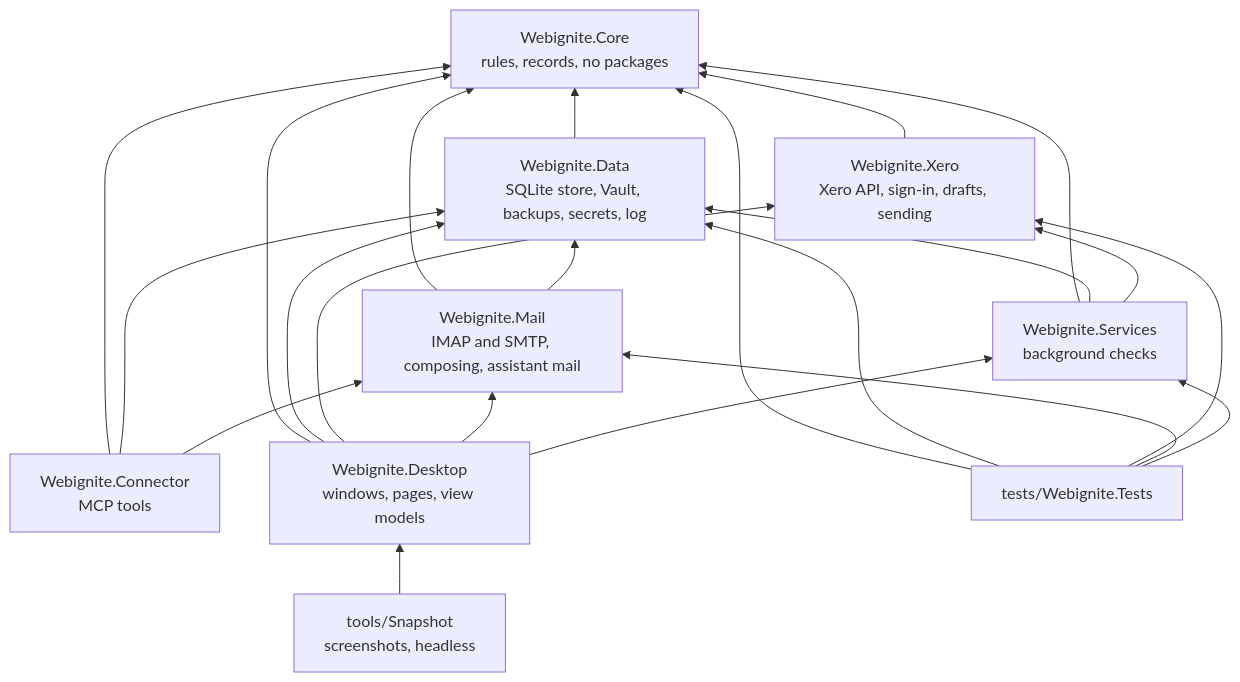
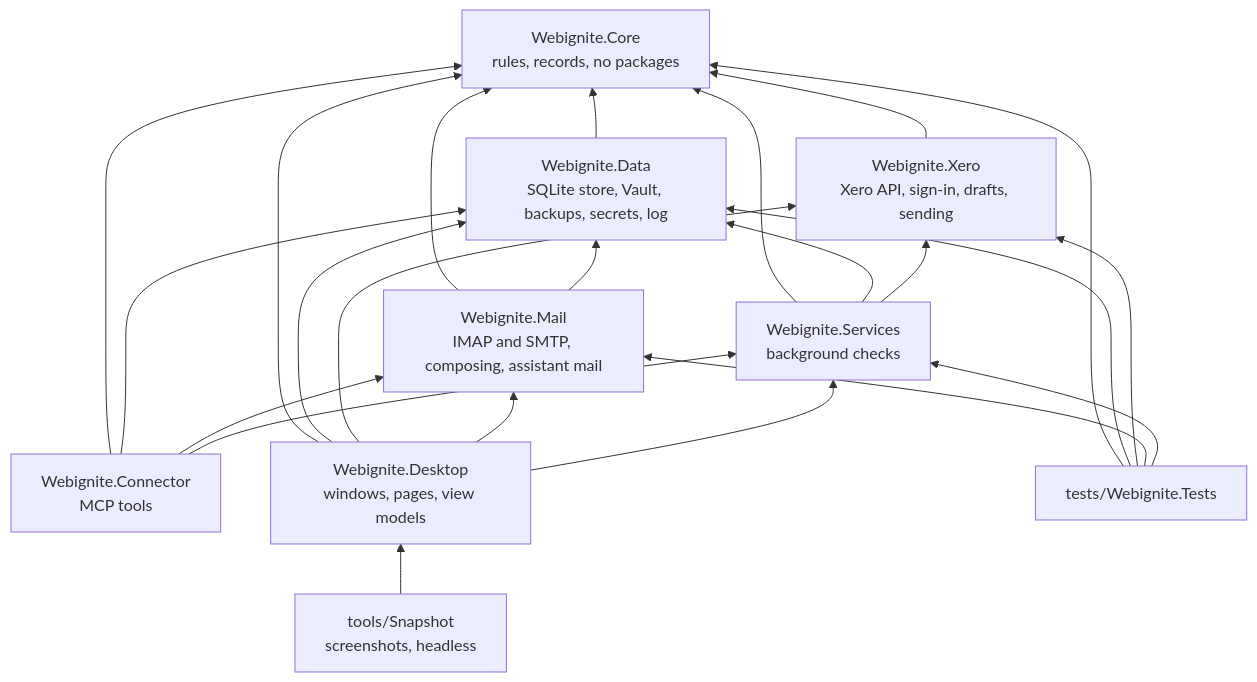
The third of 9 diagrams in docs/architecture.md (EdWebIgnite/Webignite-Desktop), drawn with Mermaid before and after one commit. The commit also changed other lines of this file and 16 other files, not shown here.

````diff
--- a/docs/architecture.md
+++ b/docs/architecture.md
@@ -61,34 +61,35 @@
 ```mermaid
 flowchart BT
     core["Webignite.Core<br/>rules, records, no packages"]
     data["Webignite.Data<br/>SQLite store, Vault, backups, secrets, log"]
     xero["Webignite.Xero<br/>Xero API, sign-in, drafts, sending"]
     mail["Webignite.Mail<br/>IMAP and SMTP, composing, assistant mail"]
     services["Webignite.Services<br/>background checks"]
     connector["Webignite.Connector<br/>MCP tools"]
     desktop["Webignite.Desktop<br/>windows, pages, view models"]
     tests["tests/Webignite.Tests"]
     snapshot["tools/Snapshot<br/>screenshots, headless"]
 
     data --> core
     xero --> core
     mail --> core
     mail --> data
     services --> core
     services --> data
     services --> xero
     connector --> core
     connector --> data
     connector --> mail
+    connector --> services
     desktop --> core
     desktop --> data
     desktop --> xero
     desktop --> mail
     desktop --> services
     tests --> core
     tests --> data
     tests --> xero
     tests --> mail
     tests --> services
     snapshot --> desktop
 ```
````
